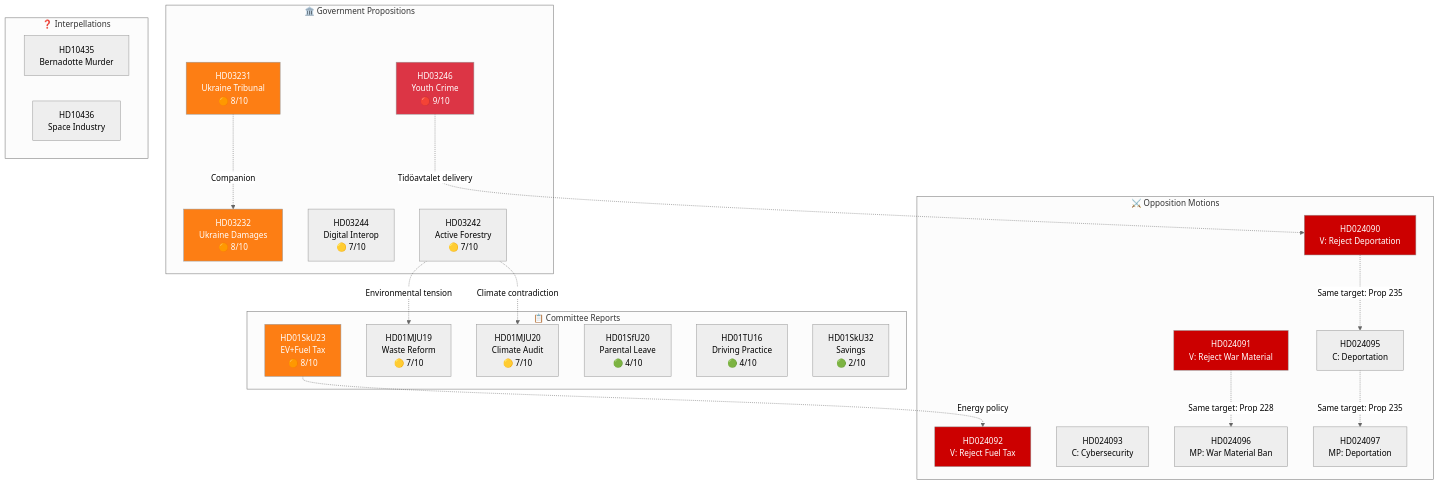
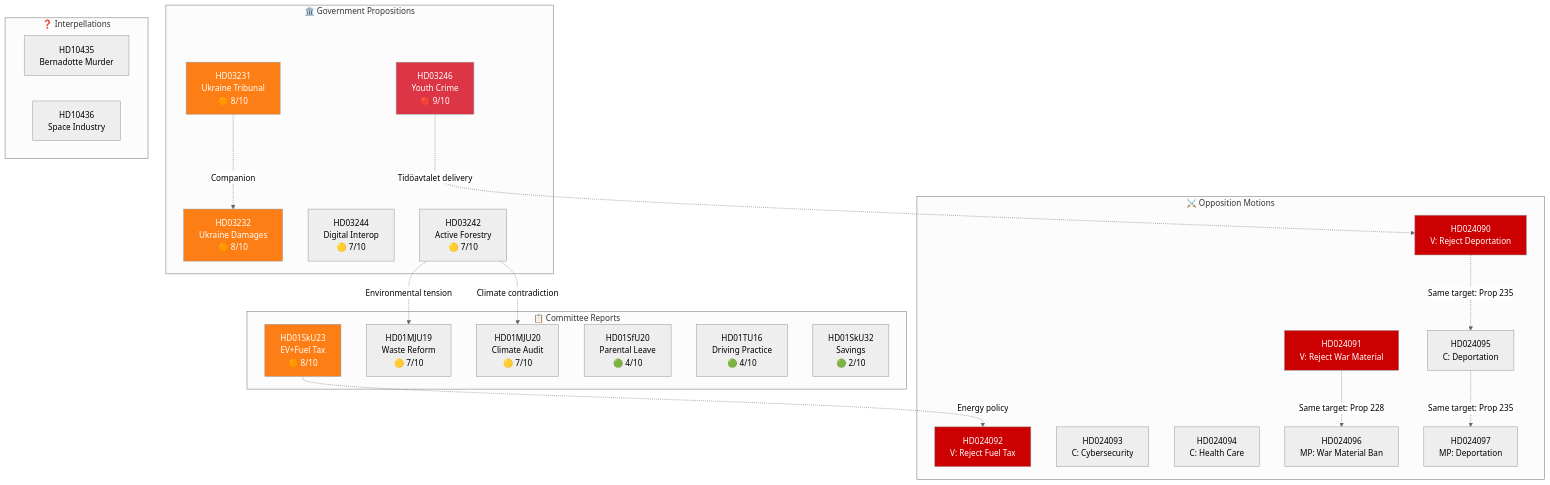
The diagram in analysis/daily/2026-04-16/evening-analysis/cross-reference-map.md (Hack23/riksdagsmonitor), drawn with Mermaid (neutral theme) before and after one commit. The commit also changed other lines of this file and 6 other files, not shown here.

````diff
--- a/analysis/daily/2026-04-16/evening-analysis/cross-reference-map.md
+++ b/analysis/daily/2026-04-16/evening-analysis/cross-reference-map.md
@@ -17,52 +17,53 @@
 ```mermaid
 graph TD
     subgraph "🏛️ Government Propositions"
         P246["HD03246<br/>Youth Crime<br/>🔴 9/10"]
         P231["HD03231<br/>Ukraine Tribunal<br/>🟠 8/10"]
         P232["HD03232<br/>Ukraine Damages<br/>🟠 8/10"]
         P244["HD03244<br/>Digital Interop<br/>🟡 7/10"]
         P242["HD03242<br/>Active Forestry<br/>🟡 7/10"]
     end
     
     subgraph "📋 Committee Reports"
         SKU23["HD01SkU23<br/>EV+Fuel Tax<br/>🟠 8/10"]
         MJU19["HD01MJU19<br/>Waste Reform<br/>🟡 7/10"]
         MJU20["HD01MJU20<br/>Climate Audit<br/>🟡 7/10"]
         SFU20["HD01SfU20<br/>Parental Leave<br/>🟢 4/10"]
         TU16["HD01TU16<br/>Driving Practice<br/>🟢 4/10"]
         SKU32["HD01SkU32<br/>Savings<br/>🟢 2/10"]
     end
     
     subgraph "⚔️ Opposition Motions"
         M4090["HD024090<br/>V: Reject Deportation"]
         M4091["HD024091<br/>V: Reject War Material"]
         M4092["HD024092<br/>V: Reject Fuel Tax"]
         M4093["HD024093<br/>C: Cybersecurity"]
+        M4094["HD024094<br/>C: Health Care"]
         M4095["HD024095<br/>C: Deportation"]
         M4096["HD024096<br/>MP: War Material Ban"]
         M4097["HD024097<br/>MP: Deportation"]
     end
     
     subgraph "❓ Interpellations"
         I435["HD10435<br/>Bernadotte Murder"]
         I436["HD10436<br/>Space Industry"]
     end
     
     %% Cross-references
     P246 -.->|"Tidöavtalet delivery"| M4090
     M4090 -.->|"Same target: Prop 235"| M4095
     M4095 -.->|"Same target: Prop 235"| M4097
     M4091 -.->|"Same target: Prop 228"| M4096
     P242 -.->|"Environmental tension"| MJU19
     P242 -.->|"Climate contradiction"| MJU20
     SKU23 -.->|"Energy policy"| M4092
     P231 -.->|"Companion"| P232
     
     style P246 fill:#dc3545,color:#fff
     style P231 fill:#fd7e14,color:#fff
     style P232 fill:#fd7e14,color:#fff
     style SKU23 fill:#fd7e14,color:#fff
     style M4090 fill:#cc0000,color:#fff
     style M4091 fill:#cc0000,color:#fff
     style M4092 fill:#cc0000,color:#fff
 ```
````
